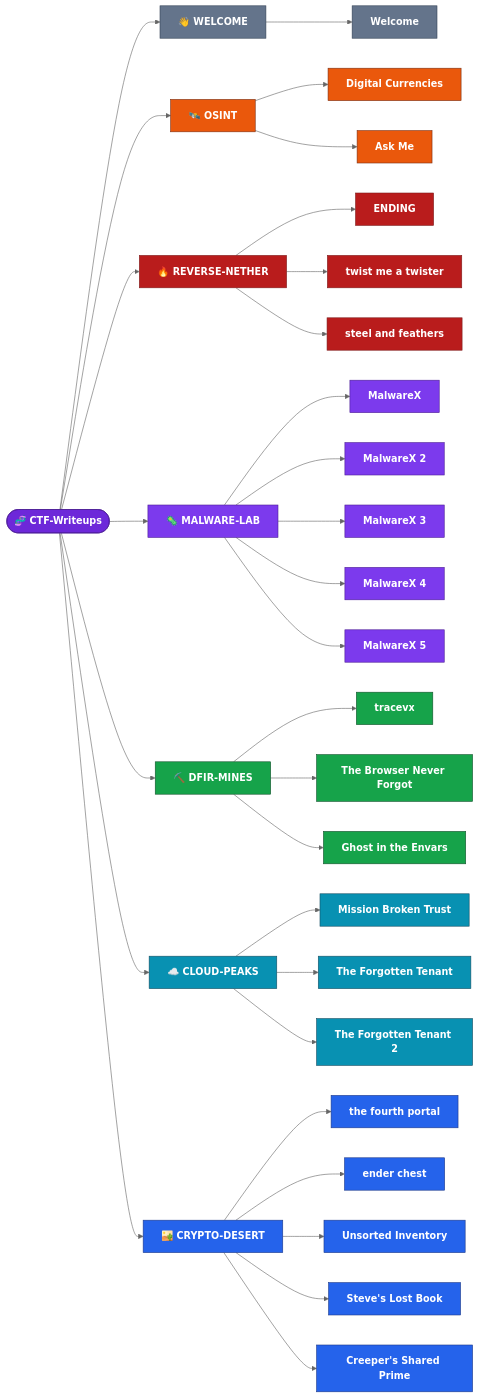
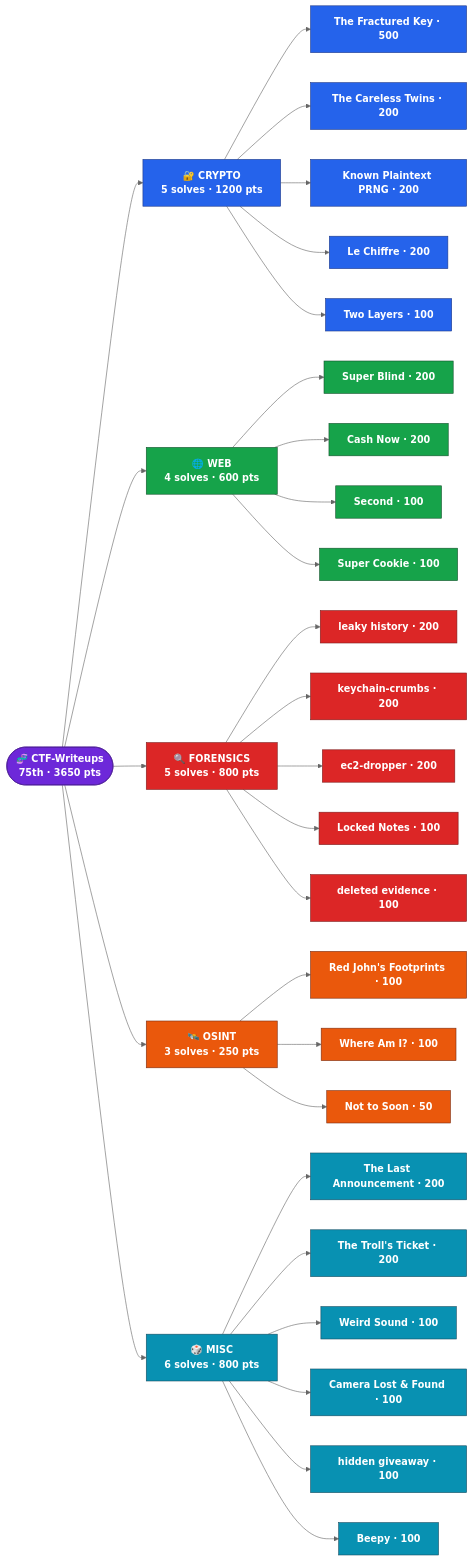
One commit to anousheh-qureshi/InIt-2026-writeups changed the first of 2 diagrams in README.md. Above: the diagram before and after it, drawn with Mermaid (neutral theme). The commit also changed other lines of this file, not shown here.

````diff
--- a/README.md
+++ b/README.md
@@ -22,59 +21,52 @@
 ```mermaid
 flowchart LR
-    R(["🧬 CTF-Writeups"])
+    R(["🧬 CTF-Writeups<br/>75th · 3650 pts"])
 
-    R --> WEL["👋 WELCOME"]
-    R --> OS["🛰️ OSINT"]
-    R --> RN["🔥 REVERSE-NETHER"]
-    R --> ML["🦠 MALWARE-LAB"]
-    R --> DF["⛏️ DFIR-MINES"]
-    R --> CP["☁️ CLOUD-PEAKS"]
-    R --> CD["🏜️ CRYPTO-DESERT"]
+    R --> C["🔐 CRYPTO<br/>5 solves · 1200 pts"]
+    R --> W["🌐 WEB<br/>4 solves · 600 pts"]
+    R --> F["🔍 FORENSICS<br/>5 solves · 800 pts"]
+    R --> O["🛰️ OSINT<br/>3 solves · 250 pts"]
+    R --> M["🎲 MISC<br/>6 solves · 800 pts"]
 
-    WEL --> WEL1["Welcome"]
+    C --> C1["The Fractured Key · 500"]
+    C --> C2["The Careless Twins · 200"]
+    C --> C3["Known Plaintext PRNG · 200"]
+    C --> C4["Le Chiffre · 200"]
+    C --> C5["Two Layers · 100"]
 
-    OS --> OS1["Digital Currencies"]
-    OS --> OS2["Ask Me"]
+    W --> W1["Super Blind · 200"]
+    W --> W2["Cash Now · 200"]
+    W --> W3["Second · 100"]
+    W --> W4["Super Cookie · 100"]
 
-    RN --> RN1["ENDING"]
-    RN --> RN2["twist me a twister"]
-    RN --> RN3["steel and feathers"]
+    F --> F1["leaky history · 200"]
+    F --> F2["keychain-crumbs · 200"]
+    F --> F3["ec2-dropper · 200"]
+    F --> F4["Locked Notes · 100"]
+    F --> F5["deleted evidence · 100"]
 
-    ML --> ML1["MalwareX"]
-    ML --> ML2["MalwareX 2"]
-    ML --> ML3["MalwareX 3"]
-    ML --> ML4["MalwareX 4"]
-    ML --> ML5["MalwareX 5"]
+    O --> O1["Red John's Footprints · 100"]
+    O --> O2["Where Am I? · 100"]
+    O --> O3["Not to Soon · 50"]
 
-    DF --> DF1["tracevx"]
-    DF --> DF2["The Browser Never Forgot"]
-    DF --> DF3["Ghost in the Envars"]
-
-    CP --> CP1["Mission Broken Trust"]
-    CP --> CP2["The Forgotten Tenant"]
-    CP --> CP3["The Forgotten Tenant 2"]
-
-    CD --> CD1["the fourth portal"]
-    CD --> CD2["ender chest"]
-    CD --> CD3["Unsorted Inventory"]
-    CD --> CD4["Steve's Lost Book"]
-    CD --> CD5["Creeper's Shared Prime"]
+    M --> M1["The Last Announcement · 200"]
+    M --> M2["The Troll's Ticket · 200"]
+    M --> M3["Weird Sound · 100"]
+    M --> M4["Camera Lost & Found · 100"]
+    M --> M5["hidden giveaway · 100"]
+    M --> M6["Beepy · 100"]
 
     classDef root fill:#6d28d9,stroke:#4c1d95,color:#fff,font-weight:bold;
-    classDef welcome fill:#64748b,stroke:#334155,color:#fff;
+    classDef crypto fill:#2563eb,stroke:#1e3a8a,color:#fff;
+    classDef web fill:#16a34a,stroke:#14532d,color:#fff;
+    classDef foren fill:#dc2626,stroke:#7f1d1d,color:#fff;
     classDef osint fill:#ea580c,stroke:#7c2d12,color:#fff;
-    classDef rev fill:#b91c1c,stroke:#7f1d1d,color:#fff;
-    classDef mal fill:#7c3aed,stroke:#4c1d95,color:#fff;
-    classDef dfir fill:#16a34a,stroke:#14532d,color:#fff;
-    classDef cloud fill:#0891b2,stroke:#164e63,color:#fff;
-    classDef crypto fill:#2563eb,stroke:#1e3a8a,color:#fff;
+    classDef misc fill:#0891b2,stroke:#164e63,color:#fff;
 
     class R root;
-    class WEL,WEL1 welcome;
-    class OS,OS1,OS2 osint;
-    class RN,RN1,RN2,RN3 rev;
-    class ML,ML1,ML2,ML3,ML4,ML5 mal;
-    class DF,DF1,DF2,DF3 dfir;
-    class CP,CP1,CP2,CP3 cloud;
-    class CD,CD1,CD2,CD3,CD4,CD5 crypto;
+    class C,C1,C2,C3,C4,C5 crypto;
+    class W,W1,W2,W3,W4 web;
+    class F,F1,F2,F3,F4,F5 foren;
+    class O,O1,O2,O3 osint;
+    class M,M1,M2,M3,M4,M5,M6 misc;
 ```
````
